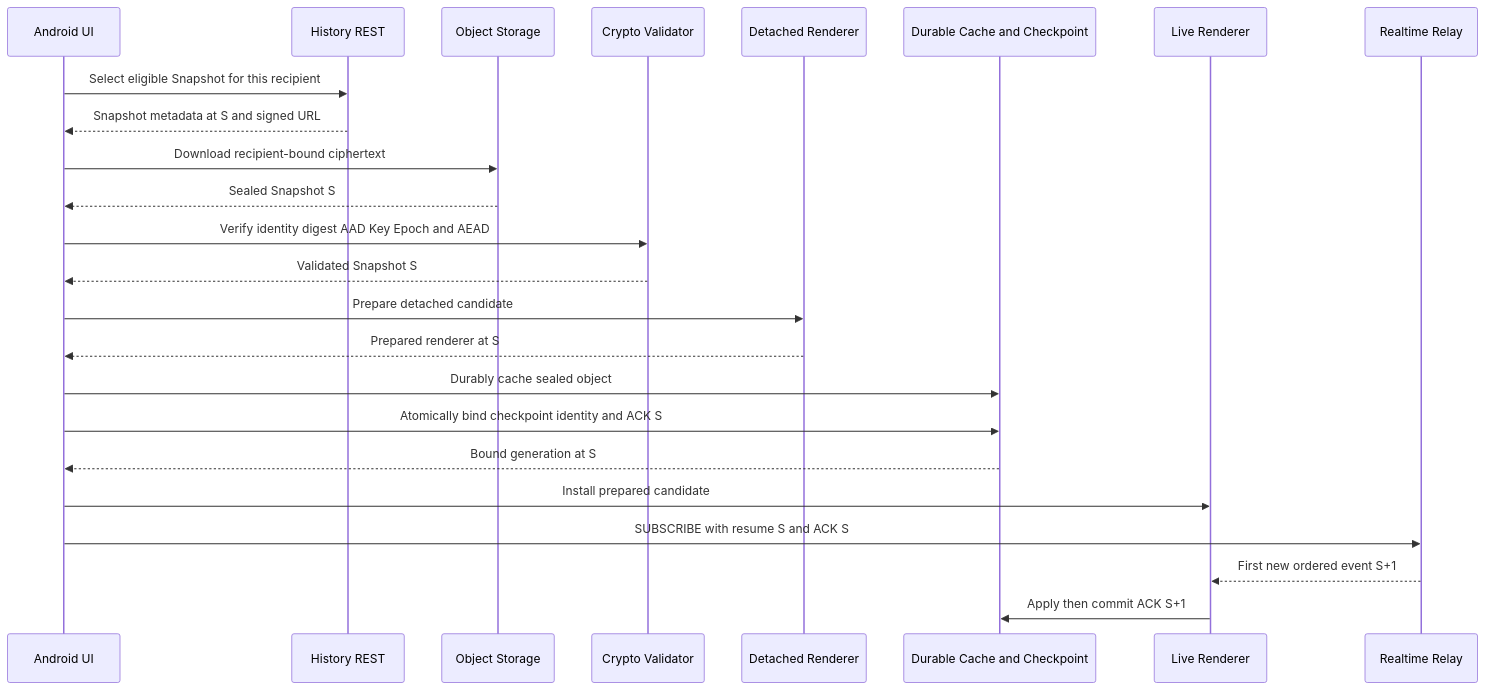
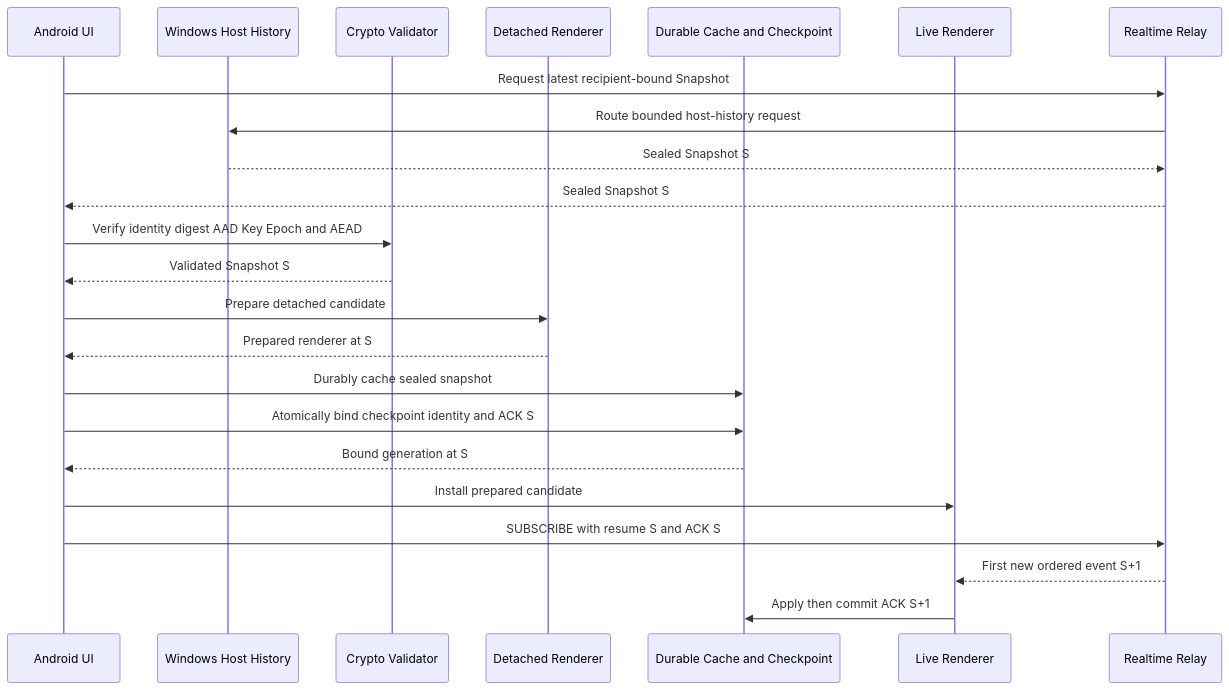
Before and after one commit to myucxy/TermLink: the fifth of 6 diagrams in docs/TERMINAL_INFORMATION_FORWARDING_REQUIREMENTS.md, drawn with Mermaid. The commit also changed other lines of this file and 161 other files, not shown here.

Commit message:
feat(storage): move history and transfers off object storage

````diff
--- a/docs/TERMINAL_INFORMATION_FORWARDING_REQUIREMENTS.md
+++ b/docs/TERMINAL_INFORMATION_FORWARDING_REQUIREMENTS.md
@@ -261,27 +260,26 @@
 ```mermaid
 sequenceDiagram
     participant U as Android UI
-    participant H as History REST
-    participant O as Object Storage
+    participant H as Windows Host History
     participant V as Crypto Validator
     participant P as Detached Renderer
     participant D as Durable Cache and Checkpoint
     participant L as Live Renderer
     participant R as Realtime Relay
 
-    U->>H: Select eligible Snapshot for this recipient
-    H-->>U: Snapshot metadata at S and signed URL
-    U->>O: Download recipient-bound ciphertext
-    O-->>U: Sealed Snapshot S
+    U->>R: Request latest recipient-bound Snapshot
+    R->>H: Route bounded host-history request
+    H-->>R: Sealed Snapshot S
+    R-->>U: Sealed Snapshot S
     U->>V: Verify identity digest AAD Key Epoch and AEAD
     V-->>U: Validated Snapshot S
     U->>P: Prepare detached candidate
     P-->>U: Prepared renderer at S
-    U->>D: Durably cache sealed object
+    U->>D: Durably cache sealed snapshot
     U->>D: Atomically bind checkpoint identity and ACK S
     D-->>U: Bound generation at S
     U->>L: Install prepared candidate
     U->>R: SUBSCRIBE with resume S and ACK S
     R-->>L: First new ordered event S+1
     L->>D: Apply then commit ACK S+1
 ```
````
